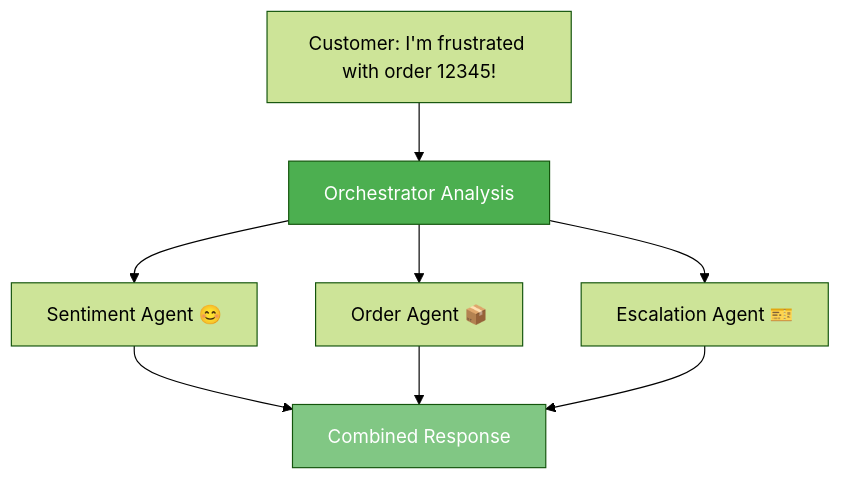
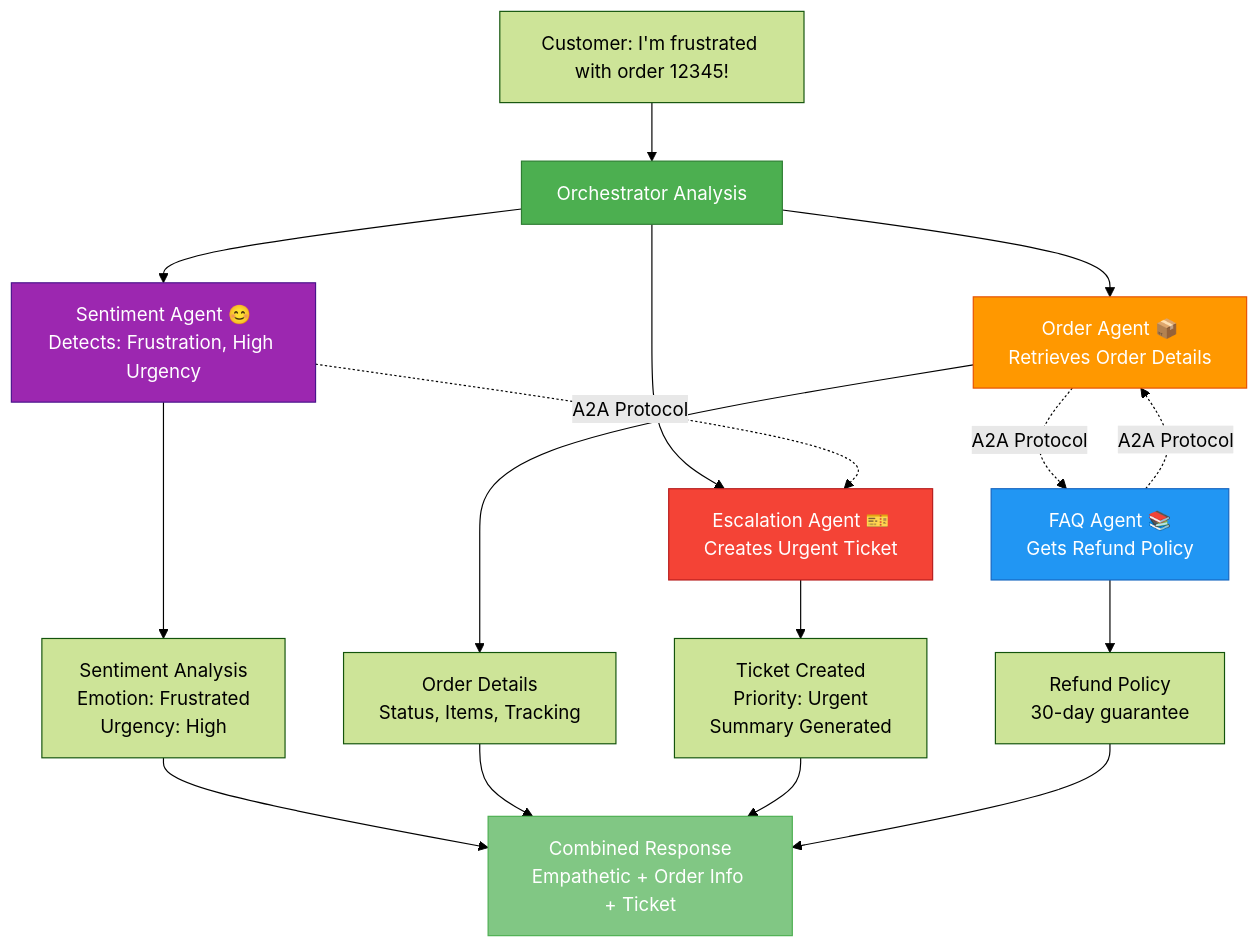
Before and after one commit to Rayyan-Oumlil/CustoFlow: the third of 4 diagrams in README.md, drawn with Mermaid (forest theme). The commit also changed other lines of this file and 19 other files, not shown here.

Commit message:
Add features diagram, update README with improved Mermaid diagrams, organize assets, and finalize documentation for Kaggle submission

````diff
--- a/README.md
+++ b/README.md
@@ -172,13 +306,28 @@
 ```mermaid
 graph TB
-    Query[Customer: I'm frustrated with order 12345!] --> Analysis[Orchestrator Analysis]
-    Analysis --> Sentiment[Sentiment Agent 😊]
-    Analysis --> Order[Order Agent 📦]
-    Analysis --> Escalation[Escalation Agent 🎫]
-    Sentiment --> Response[Combined Response]
-    Order --> Response
-    Escalation --> Response
+    Query["Customer: I'm frustrated with order 12345!"] --> Analysis[Orchestrator Analysis]
+    Analysis --> Sentiment[Sentiment Agent 😊<br/>Detects: Frustration, High Urgency]
+    Analysis --> Order[Order Agent 📦<br/>Retrieves Order Details]
+    Analysis --> Escalation[Escalation Agent 🎫<br/>Creates Urgent Ticket]
     
-    style Analysis fill:#4CAF50,color:#fff
-    style Response fill:#81C784,color:#fff
+    Sentiment -.->|A2A Protocol| Escalation
+    Order -.->|A2A Protocol| FAQ[FAQ Agent 📚<br/>Gets Refund Policy]
+    FAQ -.->|A2A Protocol| Order
+    
+    Sentiment --> SentimentData[Sentiment Analysis<br/>Emotion: Frustrated<br/>Urgency: High]
+    Order --> OrderData[Order Details<br/>Status, Items, Tracking]
+    Escalation --> TicketData[Ticket Created<br/>Priority: Urgent<br/>Summary Generated]
+    FAQ --> PolicyData[Refund Policy<br/>30-day guarantee]
+    
+    SentimentData --> Response[Combined Response<br/>Empathetic + Order Info + Ticket]
+    OrderData --> Response
+    TicketData --> Response
+    PolicyData --> Response
+  
+    style Analysis fill:#4CAF50,stroke:#2E7D32,color:#fff
+    style Response fill:#81C784,stroke:#4CAF50,color:#fff
+    style Sentiment fill:#9C27B0,stroke:#4A148C,color:#fff
+    style Order fill:#FF9800,stroke:#E65100,color:#fff
+    style Escalation fill:#F44336,stroke:#B71C1C,color:#fff
+    style FAQ fill:#2196F3,stroke:#1565C0,color:#fff
 ```
````
